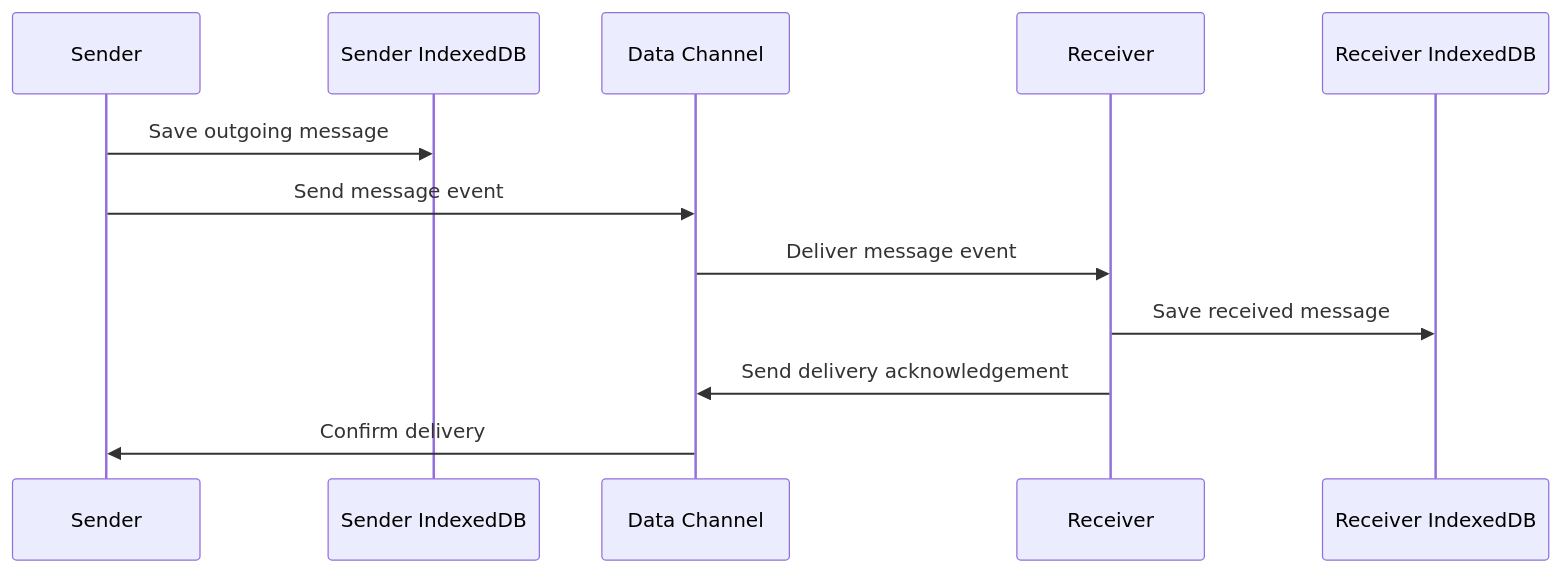
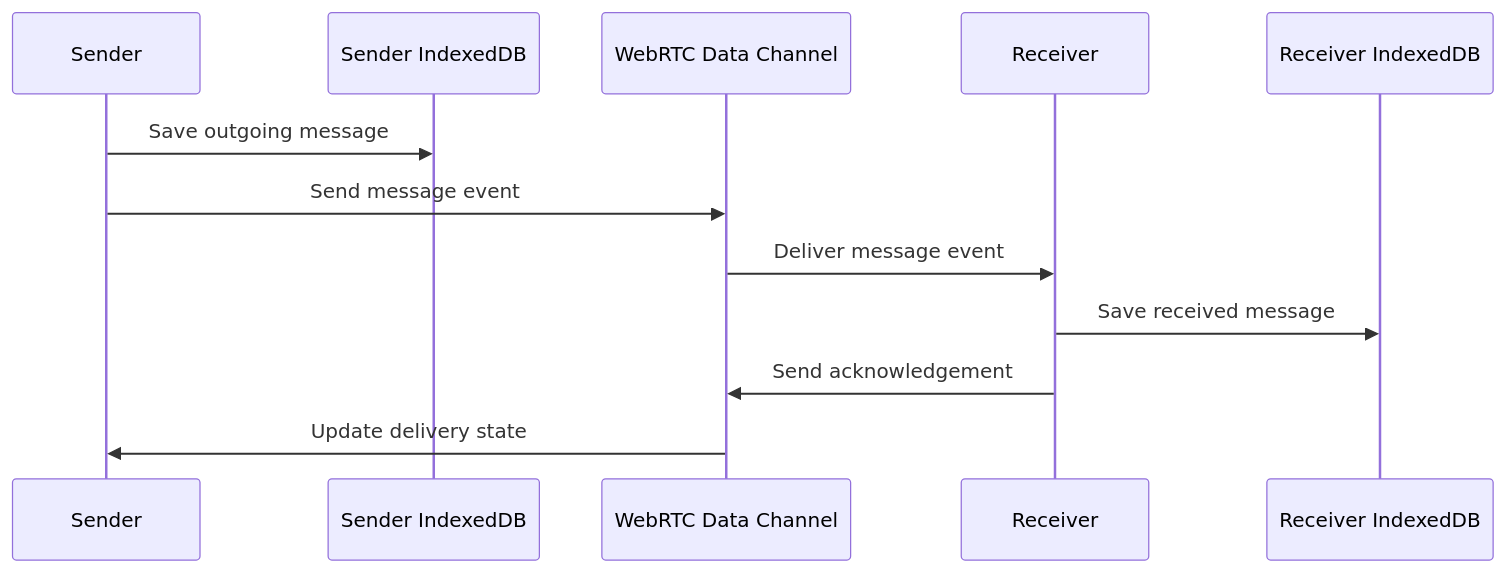
Before and after one commit to zongobase-Web/ZongoLink-V1: the fifth of 8 diagrams in docs/ARCHITECTURE.md, drawn with Mermaid. The commit also changed other lines of this file, not shown here.

````diff
--- a/docs/ARCHITECTURE.md
+++ b/docs/ARCHITECTURE.md
@@ -270,15 +205,15 @@
 ```mermaid
 sequenceDiagram
     participant Sender
-    participant LocalStore as Sender IndexedDB
-    participant Channel as Data Channel
+    participant SenderDB as Sender IndexedDB
+    participant Channel as WebRTC Data Channel
     participant Receiver
-    participant ReceiverStore as Receiver IndexedDB
+    participant ReceiverDB as Receiver IndexedDB
 
-    Sender->>LocalStore: Save outgoing message
+    Sender->>SenderDB: Save outgoing message
     Sender->>Channel: Send message event
     Channel->>Receiver: Deliver message event
-    Receiver->>ReceiverStore: Save received message
-    Receiver->>Channel: Send delivery acknowledgement
-    Channel->>Sender: Confirm delivery
+    Receiver->>ReceiverDB: Save received message
+    Receiver->>Channel: Send acknowledgement
+    Channel->>Sender: Update delivery state
 ```
````
